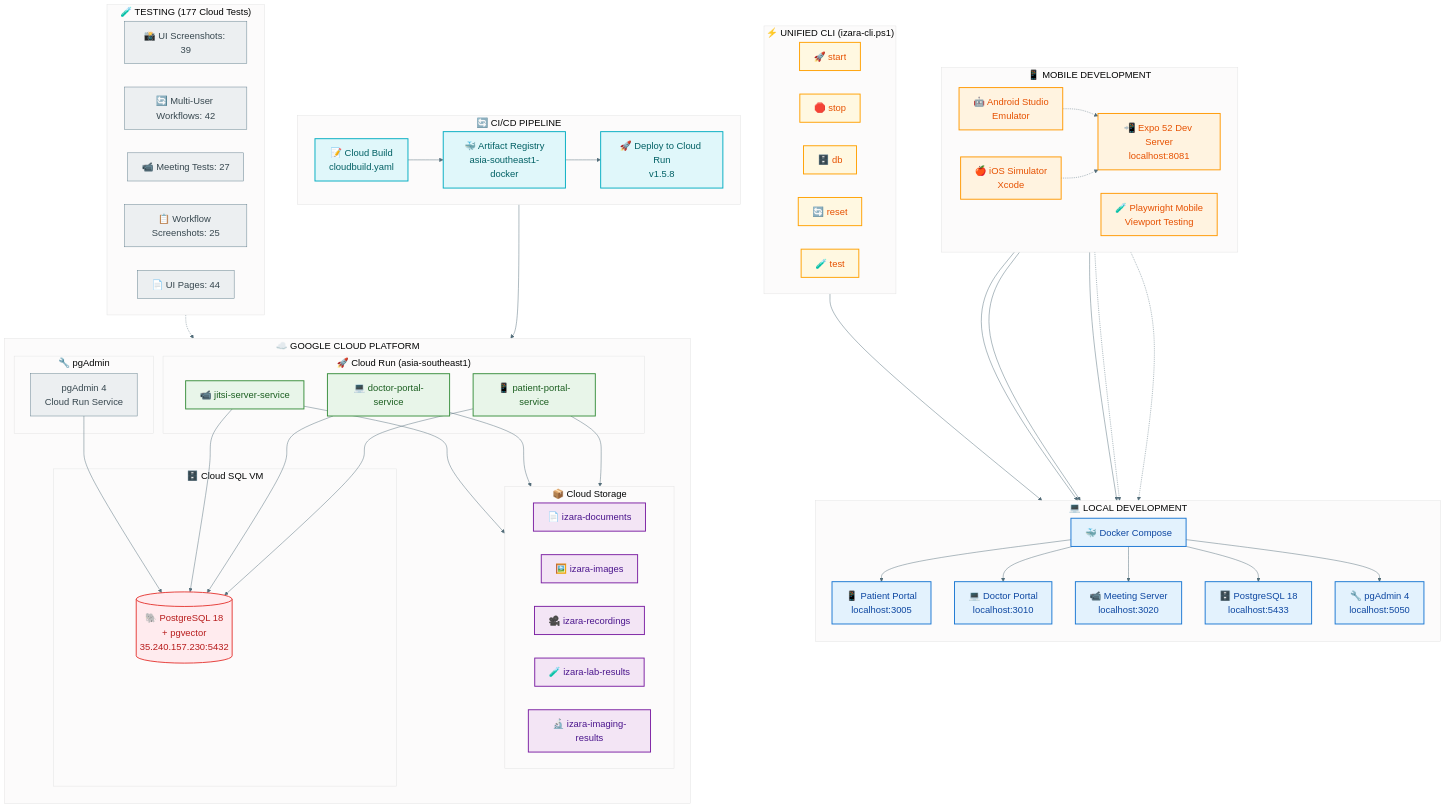
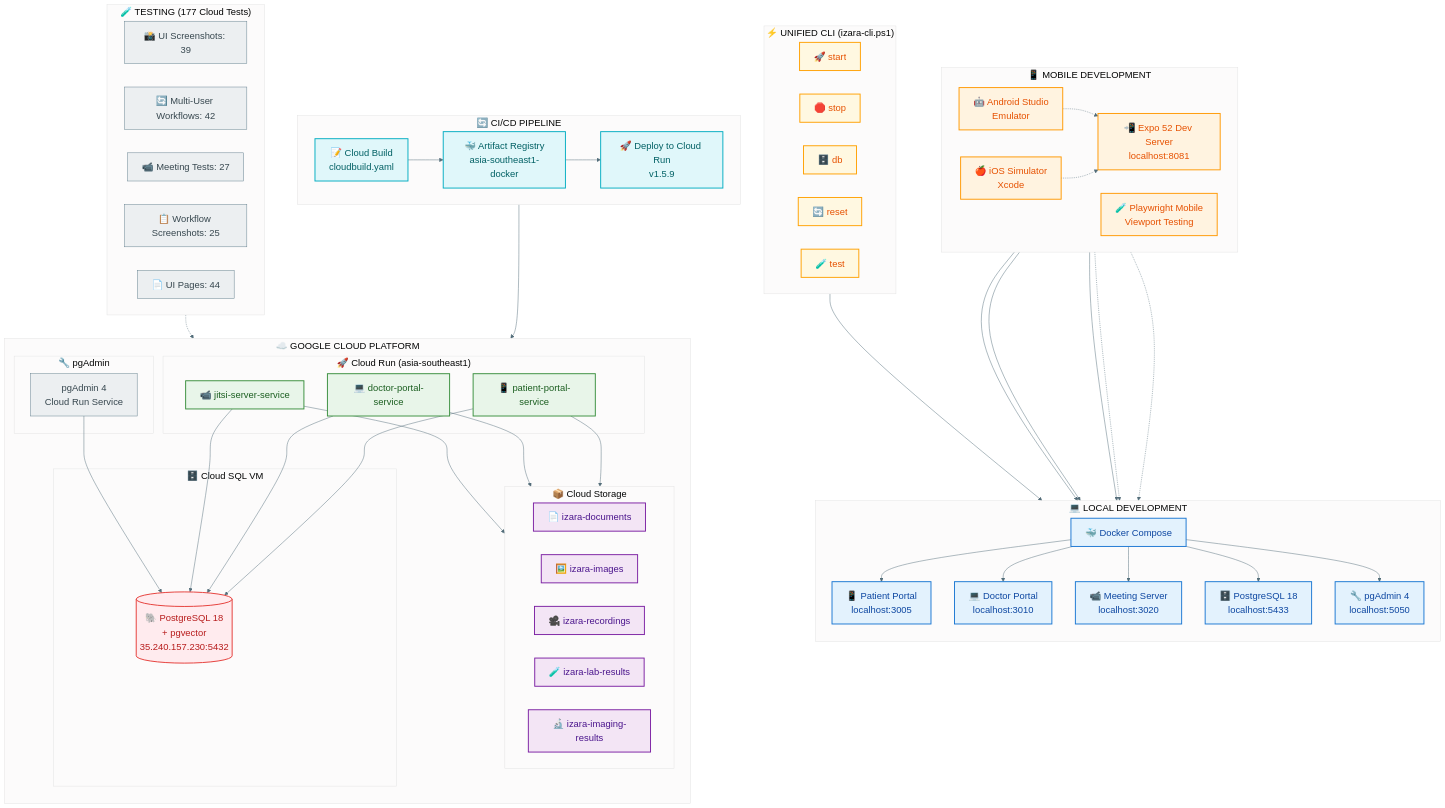
The diagram in Presentations/diagrams/09-deployment-architecture.mmd (chiraleo2000/Isara-Anywhere), drawn with Mermaid before and after one commit. The commit also changed 97 other files, not shown here.

First line of the commit message:
v1.5.9: Fix camera/mic Permissions-Policy, CSP headers, Zoom-like UX, deploy to Cloud Run

```diff
--- a/Presentations/diagrams/09-deployment-architecture.mmd
+++ b/Presentations/diagrams/09-deployment-architecture.mmd
@@ -1,126 +1,126 @@
 %%{init: {
   'theme': 'base',
   'themeVariables': {
     'primaryColor': '#ECEFF1',
     'primaryTextColor': '#37474F',
     'primaryBorderColor': '#607D8B',
     'lineColor': '#546E7A',
     'fontSize': '20px',
     'fontFamily': 'Segoe UI, Arial'
   }
 }}%%
 
 flowchart TB
     subgraph LOCAL["💻 LOCAL DEVELOPMENT"]
         direction TB
         L1["🐳 Docker Compose"]
         L2["📱 Patient Portal<br/>localhost:3005"]
         L3["💻 Doctor Portal<br/>localhost:3010"]
         L4["📹 Meeting Server<br/>localhost:3020"]
         L5["🗄️ PostgreSQL 18<br/>localhost:5433"]
         L6["🔧 pgAdmin 4<br/>localhost:5050"]
     end
 
     subgraph MOBILE_DEV["📱 MOBILE DEVELOPMENT"]
         direction LR
         MD1["📲 Expo 52 Dev Server<br/>localhost:8081"]
         MD2["🤖 Android Studio<br/>Emulator"]
         MD3["🍎 iOS Simulator<br/>Xcode"]
         MD4["🧪 Playwright Mobile<br/>Viewport Testing"]
     end
 
     subgraph CLI["⚡ UNIFIED CLI (izara-cli.ps1)"]
         direction LR
         C1["🚀 start"]
         C2["🛑 stop"]
         C3["🗄️ db"]
         C4["🔄 reset"]
         C5["🧪 test"]
     end
 
     subgraph GCP["☁️ GOOGLE CLOUD PLATFORM"]
         direction TB
         subgraph CLOUDRUN["🚀 Cloud Run (asia-southeast1)"]
             CR1["📱 patient-portal-service"]
             CR2["💻 doctor-portal-service"]
             CR3["📹 jitsi-server-service"]
         end
         subgraph STORAGE["📦 Cloud Storage"]
             S1["📄 izara-documents"]
             S2["🖼️ izara-images"]
             S3["🎥 izara-recordings"]
             S4["🧪 izara-lab-results"]
             S5["🔬 izara-imaging-results"]
         end
         subgraph DATABASE["🗄️ Cloud SQL VM"]
             DB1[("🐘 PostgreSQL 18<br/>+ pgvector<br/>35.240.157.230:5432")]
         end
         subgraph PGADMIN["🔧 pgAdmin"]
             PA1["pgAdmin 4<br/>Cloud Run Service"]
         end
     end
 
     subgraph CICD["🔄 CI/CD PIPELINE"]
         direction LR
         CI1["📝 Cloud Build<br/>cloudbuild.yaml"]
         CI2["🐳 Artifact Registry<br/>asia-southeast1-docker"]
-        CI3["🚀 Deploy to Cloud Run<br/>v1.5.8"]
+        CI3["🚀 Deploy to Cloud Run<br/>v1.5.9"]
     end
 
     subgraph TESTING["🧪 TESTING (177 Cloud Tests)"]
         direction LR
         T1["📸 UI Screenshots: 39"]
         T2["🔄 Multi-User Workflows: 42"]
         T3["📹 Meeting Tests: 27"]
         T4["📋 Workflow Screenshots: 25"]
         T5["📄 UI Pages: 44"]
     end
 
     %% Local Development Flow
     CLI --> L1
     L1 --> L2
     L1 --> L3
     L1 --> L4
     L1 --> L5
     L1 --> L6
 
     %% Mobile Development Flow
     MD1 --> L2
     MD1 --> L3
     MD1 --> L4
     MD2 -.-> MD1
     MD3 -.-> MD1
     MD4 -.-> L2
     MD4 -.-> L3
 
     %% CI/CD Flow
     CI1 --> CI2 --> CI3
     CI3 --> CLOUDRUN
 
     %% Cloud Run connections
     CR1 --> DB1
     CR2 --> DB1
     CR3 --> DB1
     CR1 --> STORAGE
     CR2 --> STORAGE
     CR3 --> STORAGE
     PA1 --> DB1
 
     %% Testing connects to Cloud Run
     TESTING -.-> CLOUDRUN
 
     classDef localStyle fill:#E3F2FD,stroke:#1976D2,stroke-width:2px,color:#0D47A1
     classDef mobileStyle fill:#FFF3E0,stroke:#FF9800,stroke-width:2px,color:#E65100
     classDef cliStyle fill:#FFF8E1,stroke:#FFA000,stroke-width:2px,color:#E65100
     classDef cloudrunStyle fill:#E8F5E9,stroke:#388E3C,stroke-width:2px,color:#1B5E20
     classDef storageStyle fill:#F3E5F5,stroke:#7B1FA2,stroke-width:2px,color:#4A148C
     classDef dbStyle fill:#FFEBEE,stroke:#E53935,stroke-width:2px,color:#B71C1C
     classDef cicdStyle fill:#E0F7FA,stroke:#00ACC1,stroke-width:2px,color:#006064
 
     class L1,L2,L3,L4,L5,L6 localStyle
     class MD1,MD2,MD3,MD4 mobileStyle
     class C1,C2,C3,C4,C5 cliStyle
     class CR1,CR2,CR3 cloudrunStyle
     class S1,S2,S3,S4,S5 storageStyle
     class DB1 dbStyle
     class CI1,CI2,CI3 cicdStyle
```
